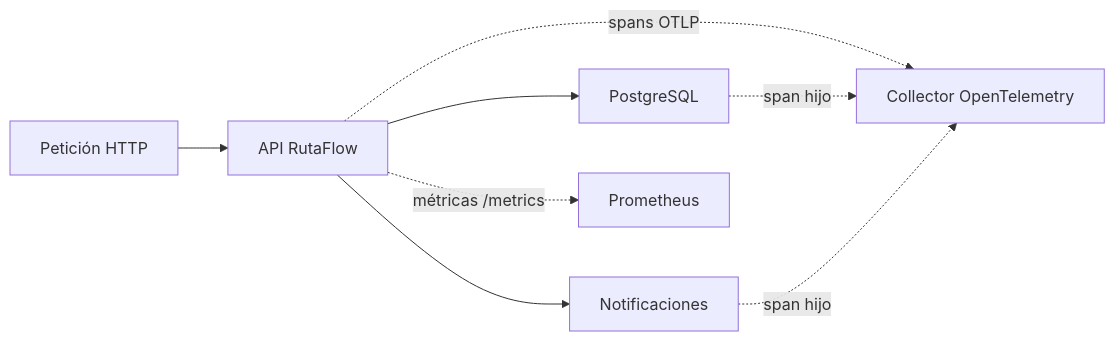
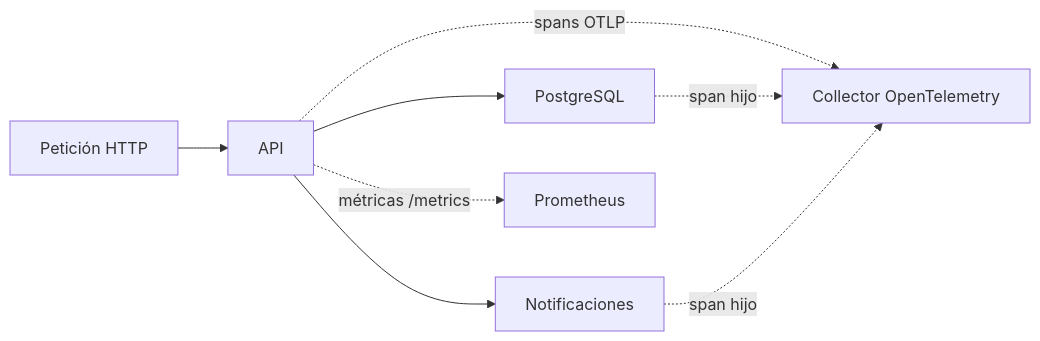
Before and after one commit to NICORUIZ93/Academia_Floci: the diagram in web/public/content/node/modulo-9.md, drawn with Mermaid. The commit also changed other lines of this file and 15 other files, not shown here.

First line of the commit message:
Flutter/iOS/Node/React: complete RutaFlow purge

````diff
--- a/web/public/content/node/modulo-9.md
+++ b/web/public/content/node/modulo-9.md
@@ -379,10 +379,10 @@
 ```mermaid
 flowchart LR
-  R["Petición HTTP"] --> A["API RutaFlow"]
+  R["Petición HTTP"] --> A["API"]
   A --> D["PostgreSQL"]
   A --> N["Notificaciones"]
   A -. "métricas /metrics" .-> P["Prometheus"]
   A -. "spans OTLP" .-> O["Collector OpenTelemetry"]
   D -. "span hijo" .-> O
   N -. "span hijo" .-> O
 ```
````
